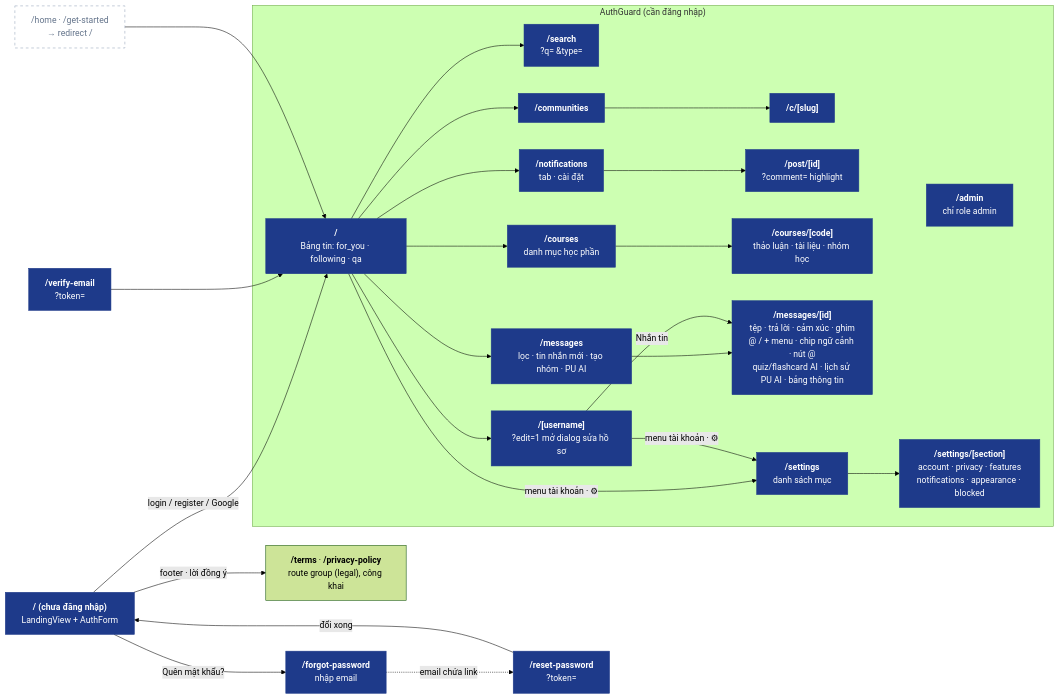
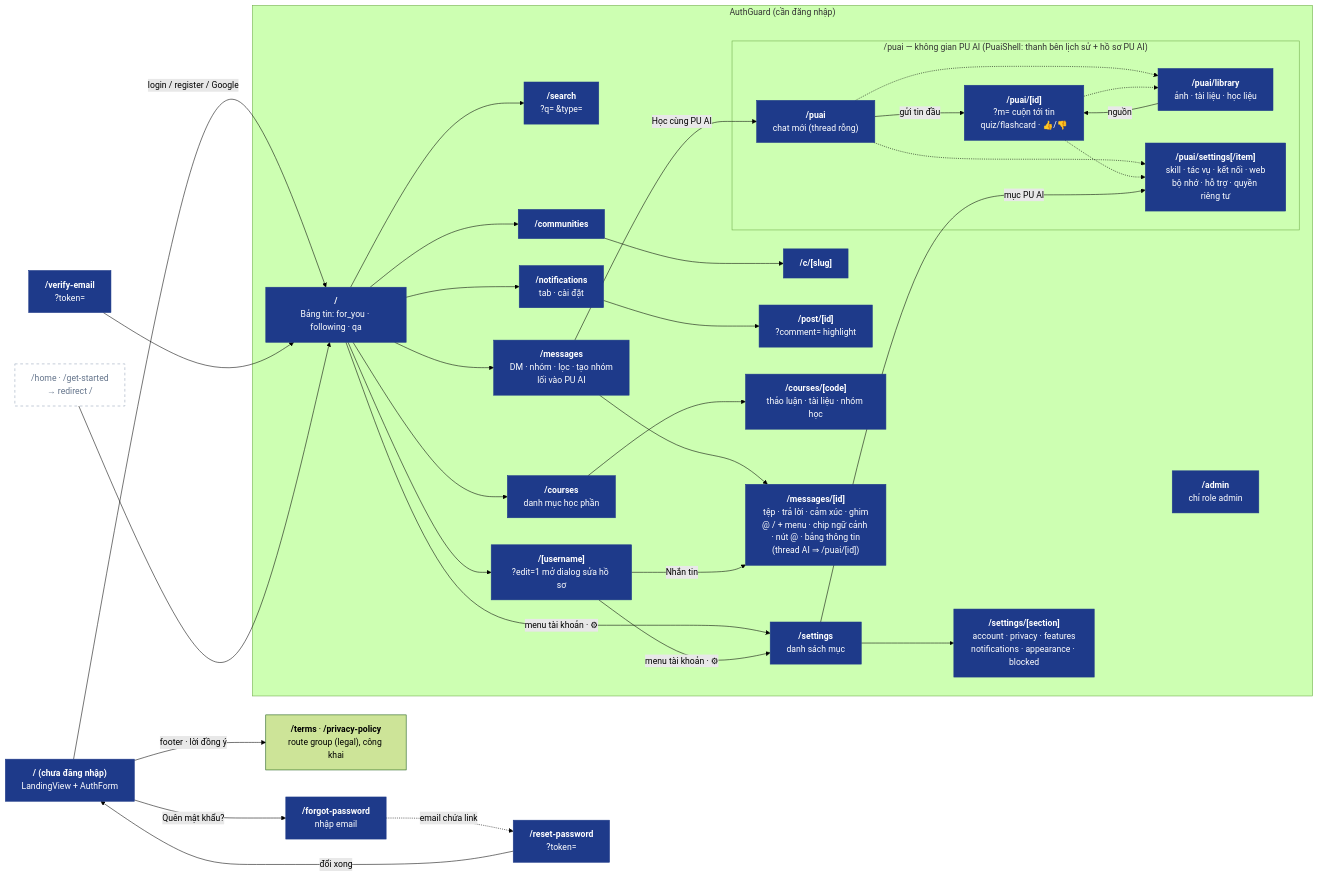
The first of 2 diagrams in docs/diagrams/07-web-app.md (nhatcoi/pu-connect), drawn with Mermaid (forest theme) before and after one commit. The commit also changed other lines of this file and 8 other files, not shown here.

Commit message:
docs(ai): PU AI space spec, FEAT, diagrams

````diff
--- a/docs/diagrams/07-web-app.md
+++ b/docs/diagrams/07-web-app.md
@@ -7,48 +7,59 @@
 ```mermaid
 flowchart LR
   landing["<b>/ (chưa đăng nhập)</b><br/>LandingView + AuthForm"]
   verify["<b>/verify-email</b><br/>?token="]
   forgot["<b>/forgot-password</b><br/>nhập email"]
   reset["<b>/reset-password</b><br/>?token="]
   getstarted["/home · /get-started<br/>→ redirect /"]
   legal["<b>/terms</b> · <b>/privacy-policy</b><br/>route group (legal), công khai"]
 
   subgraph guarded["AuthGuard (cần đăng nhập)"]
     home["<b>/</b><br/>Bảng tin: for_you · following · qa"]
     search["<b>/search</b><br/>?q= &type="]
     comms["<b>/communities</b>"]
     comm["<b>/c/[slug]</b>"]
     profile["<b>/[username]</b><br/>?edit=1 mở dialog sửa hồ sơ"]
     notif["<b>/notifications</b><br/>tab · cài đặt"]
     post["<b>/post/[id]</b><br/>?comment= highlight"]
     courses["<b>/courses</b><br/>danh mục học phần"]
     course["<b>/courses/[code]</b><br/>thảo luận · tài liệu · nhóm học"]
-    msgs["<b>/messages</b><br/>lọc · tin nhắn mới · tạo nhóm · PU AI"]
-    thread["<b>/messages/[id]</b><br/>tệp · trả lời · cảm xúc · ghim<br/>@ / + menu · chip ngữ cảnh · nút @<br/>quiz/flashcard AI · lịch sử PU AI · bảng thông tin"]
+    msgs["<b>/messages</b><br/>DM · nhóm · lọc · tạo nhóm<br/>lối vào PU AI"]
+    thread["<b>/messages/[id]</b><br/>tệp · trả lời · cảm xúc · ghim<br/>@ / + menu · chip ngữ cảnh · nút @ · bảng thông tin<br/>(thread AI ⇒ /puai/[id])"]
+    subgraph puai["/puai — không gian PU AI (PuaiShell: thanh bên lịch sử + hồ sơ PU AI)"]
+      puaihome["<b>/puai</b><br/>chat mới (thread rỗng)"]
+      puaithread["<b>/puai/[id]</b><br/>?m= cuộn tới tin<br/>quiz/flashcard · 👍/👎"]
+      puailib["<b>/puai/library</b><br/>ảnh · tài liệu · học liệu"]
+      puaiset["<b>/puai/settings[/item]</b><br/>skill · tác vụ · kết nối · web<br/>bộ nhớ · hỗ trợ · quyền riêng tư"]
+    end
     adminp["<b>/admin</b><br/>chỉ role admin"]
     settings["<b>/settings</b><br/>danh sách mục"]
     settingsec["<b>/settings/[section]</b><br/>account · privacy · features<br/>notifications · appearance · blocked"]
   end
 
   landing -->|login / register / Google| home
   landing -->|footer · lời đồng ý| legal
   verify --> home
   landing -->|Quên mật khẩu?| forgot
   forgot -.->|email chứa link| reset
   reset -->|đổi xong| landing
   getstarted --> home
   home --> search & comms & profile & notif
   notif --> post
   comms --> comm
   home --> courses & msgs
   courses --> course
   msgs --> thread
+  msgs -->|Học cùng PU AI| puaihome
+  puaihome -->|gửi tin đầu| puaithread
+  puaihome & puaithread -.-> puailib & puaiset
+  puailib -->|nguồn| puaithread
   profile -->|Nhắn tin| thread
   home & profile -->|menu tài khoản · ⚙| settings
   settings --> settingsec
+  settings -->|mục PU AI| puaiset
 
   classDef page fill:#1e3a8a,stroke:#1e3a8a,color:#fff
   classDef redirect fill:#fff,stroke:#94a3b8,color:#64748b,stroke-dasharray:5 5
-  class landing,verify,forgot,reset,home,search,comms,comm,profile,notif,post,courses,course,msgs,thread,adminp,settings,settingsec page
+  class landing,verify,forgot,reset,home,search,comms,comm,profile,notif,post,courses,course,msgs,thread,adminp,settings,settingsec,puaihome,puaithread,puailib,puaiset page
   class getstarted redirect
 ```
````
